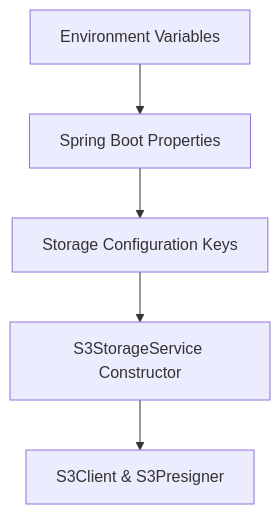
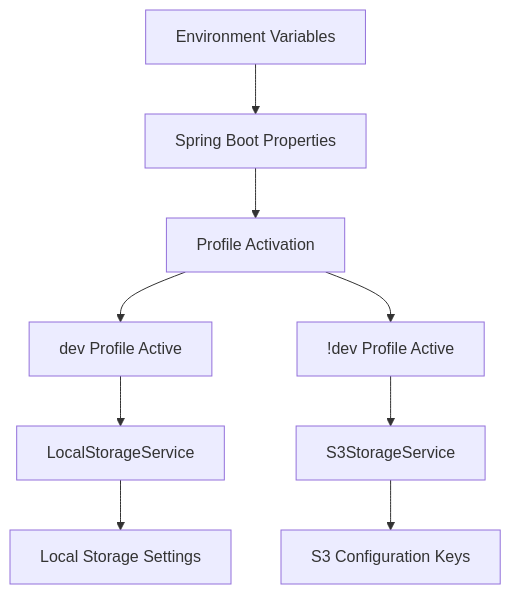
The ninth of 9 diagrams in .qoder/repowiki/en/content/Storage Management/Storage Service Abstraction.md (Vostrikov2014/vks-qoder), drawn with Mermaid before and after one commit. The commit also changed other lines of this file and 11 other files, not shown here.

````diff
--- a/.qoder/repowiki/en/content/Storage Management/Storage Service Abstraction.md
+++ b/.qoder/repowiki/en/content/Storage Management/Storage Service Abstraction.md
@@ -254,7 +327,11 @@
 ```mermaid
 flowchart TD
 Env["Environment Variables"] --> Spring["Spring Boot Properties"]
-Spring --> Config["Storage Configuration Keys"]
-Config --> S3["S3StorageService Constructor"]
-S3 --> Clients["S3Client & S3Presigner"]
+Spring --> Profiles["Profile Activation"]
+Profiles --> Dev["dev Profile Active"]
+Profiles --> Prod["!dev Profile Active"]
+Dev --> LocalImpl["LocalStorageService"]
+Prod --> S3Impl["S3StorageService"]
+LocalImpl --> LocalConfig["Local Storage Settings"]
+S3Impl --> S3Config["S3 Configuration Keys"]
 ```
````
